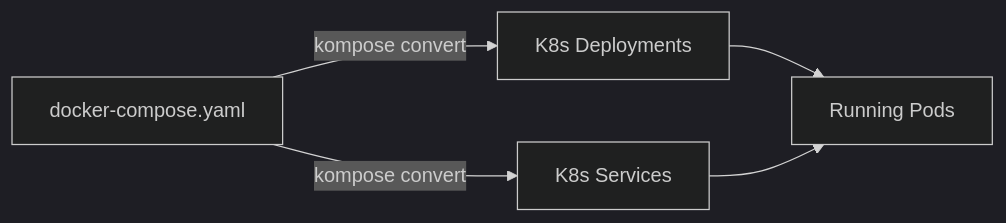
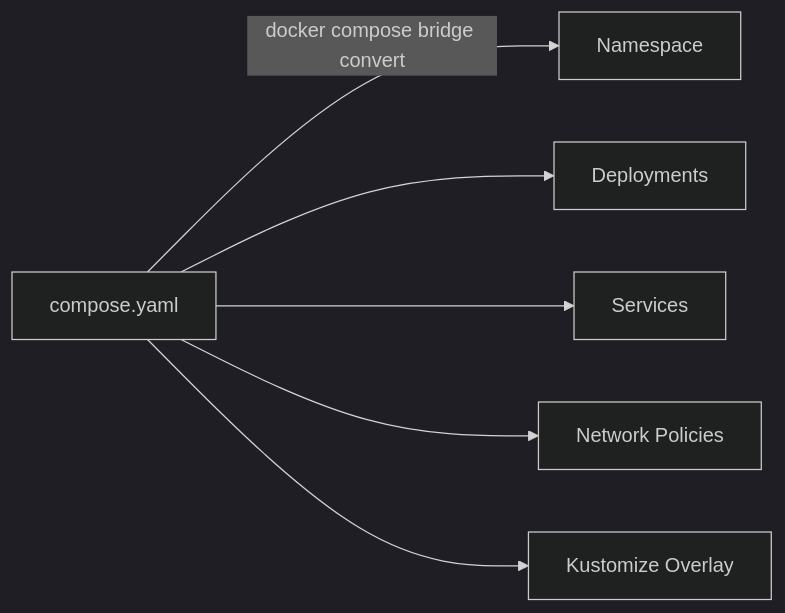
Before and after one commit to ajeetraina/labspace-k8s: the diagram in labspace/06-compose-bridge.md, drawn with Mermaid (dark theme). The commit also changed other lines of this file and 5 other files, not shown here.

Commit message:
replaced kompose with compose bridge

````diff
--- a/labspace/06-compose-bridge.md
+++ b/labspace/06-compose-bridge.md
@@ -5,7 +5,8 @@
 ```mermaid
 graph LR
-    A[docker-compose.yaml] -->|kompose convert| B[K8s Deployments]
-    A -->|kompose convert| C[K8s Services]
-    B --> D[Running Pods]
-    C --> D
+    A[compose.yaml] -->|docker compose bridge convert| B[Namespace]
+    A --> C[Deployments]
+    A --> D[Services]
+    A --> E[Network Policies]
+    A --> F[Kustomize Overlay]
 ```
````
